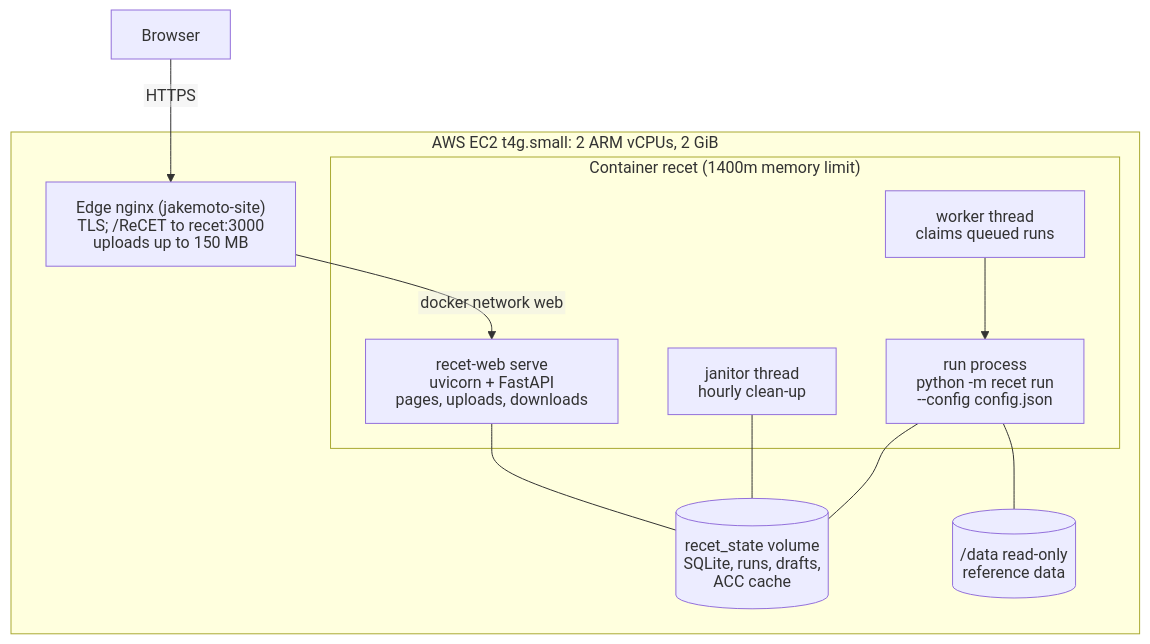
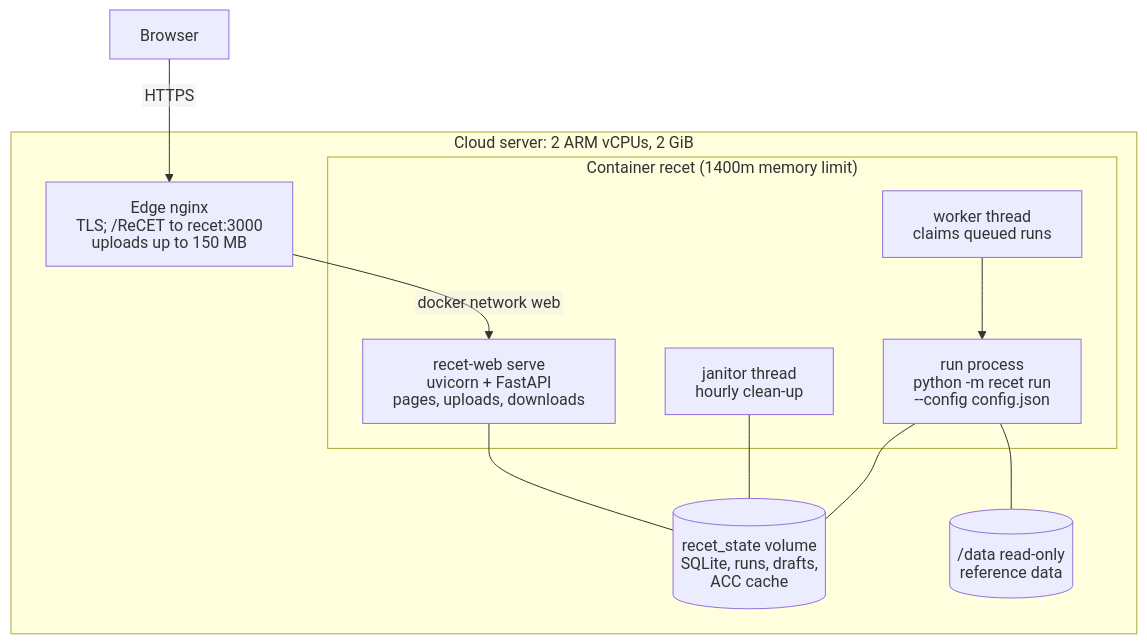
One commit to JRichardson-PGE/ReCET changed the sixth of 7 diagrams in recet/docs/ARCHITECTURE.md. Above: the diagram before and after it, drawn with Mermaid. The commit also changed other lines of this file and 11 other files, not shown here.

````diff
--- a/recet/docs/ARCHITECTURE.md
+++ b/recet/docs/ARCHITECTURE.md
@@ -370,29 +370,29 @@
 ```mermaid
 ---
 config:
   htmlLabels: false
   flowchart:
     htmlLabels: false
     wrappingWidth: 400
 ---
 flowchart TB
     accTitle: The web server
-    accDescr: The browser reaches the edge nginx over HTTPS, which forwards to the recet container on an EC2 t4g.small. In the container the web server, a worker thread and a janitor thread share the state volume; the worker starts a run process, which also reads the read-only reference data.
-    b["Browser"] -->|HTTPS| nginx["Edge nginx (jakemoto-site)<br/>TLS; /ReCET to recet:3000<br/>uploads up to 150 MB"]
-    subgraph HOST["AWS EC2 t4g.small: 2 ARM vCPUs, 2 GiB"]
+    accDescr: The browser reaches the edge nginx over HTTPS, which forwards to the recet container on a small cloud server. In the container the web server, a worker thread and a janitor thread share the state volume; the worker starts a run process, which also reads the read-only reference data.
+    b["Browser"] -->|HTTPS| nginx["Edge nginx<br/>TLS; /ReCET to recet:3000<br/>uploads up to 150 MB"]
+    subgraph HOST["Cloud server: 2 ARM vCPUs, 2 GiB"]
         nginx -->|"docker network web"| srv
         subgraph C["Container recet (1400m memory limit)"]
             srv["recet-web serve<br/>uvicorn + FastAPI<br/>pages, uploads, downloads"]
             wk["worker thread<br/>claims queued runs"]
             jan["janitor thread<br/>hourly clean-up"]
             child["run process<br/>python -m recet run<br/>--config config.json"]
             wk --> child
         end
         state[("recet_state volume<br/>SQLite, runs, drafts,<br/>ACC cache")]
         ref[("/data read-only<br/>reference data")]
     end
     srv --- state
     jan --- state
     child --- state
     child --- ref
 ```
````
